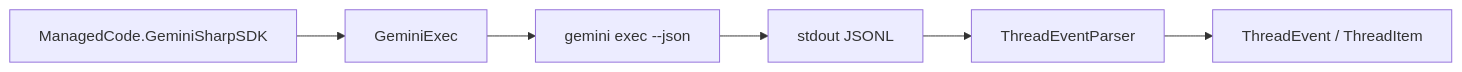
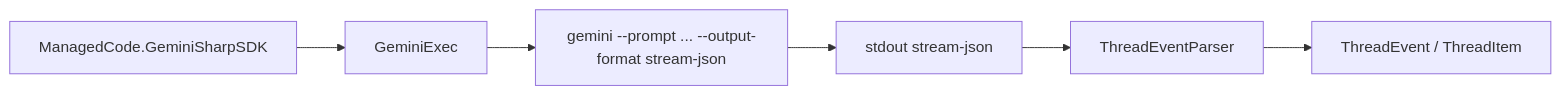
One commit to managedcode/GeminiSharpSDK changed the diagram in docs/ADR/001-codex-cli-wrapper.md. Above: the diagram before and after it, drawn with Mermaid. The commit also changed other lines of this file and 5 other files, not shown here.

Commit message:
Sync adapter docs with current Gemini CLI contract

````diff
--- a/docs/ADR/001-codex-cli-wrapper.md
+++ b/docs/ADR/001-codex-cli-wrapper.md
@@ -21,8 +22,8 @@
 ```mermaid
 flowchart LR
   SDK["ManagedCode.GeminiSharpSDK"] --> Exec["GeminiExec"]
-  Exec --> Cli["gemini exec --json"]
-  Cli --> Jsonl["stdout JSONL"]
-  Jsonl --> Parser["ThreadEventParser"]
+  Exec --> Cli["gemini --prompt ... --output-format stream-json"]
+  Cli --> Json["stdout stream-json"]
+  Json --> Parser["ThreadEventParser"]
   Parser --> Models["ThreadEvent / ThreadItem"]
 ```
````
